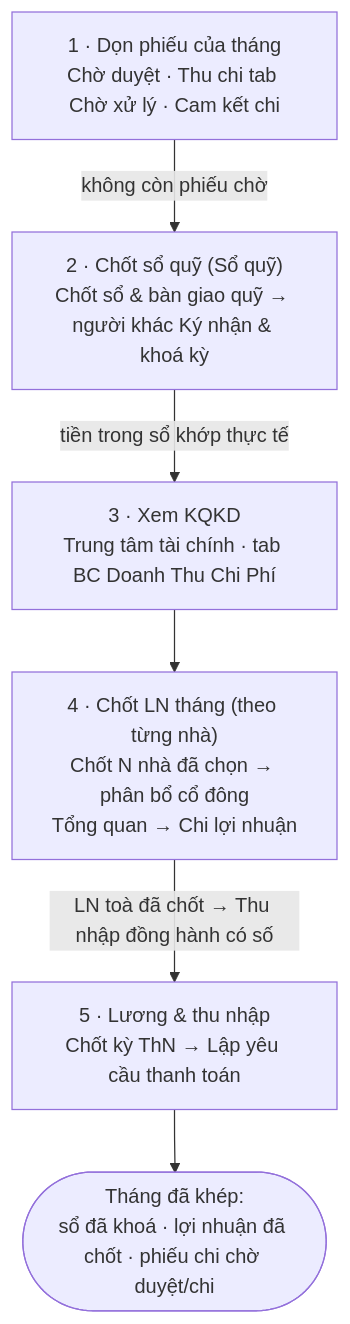
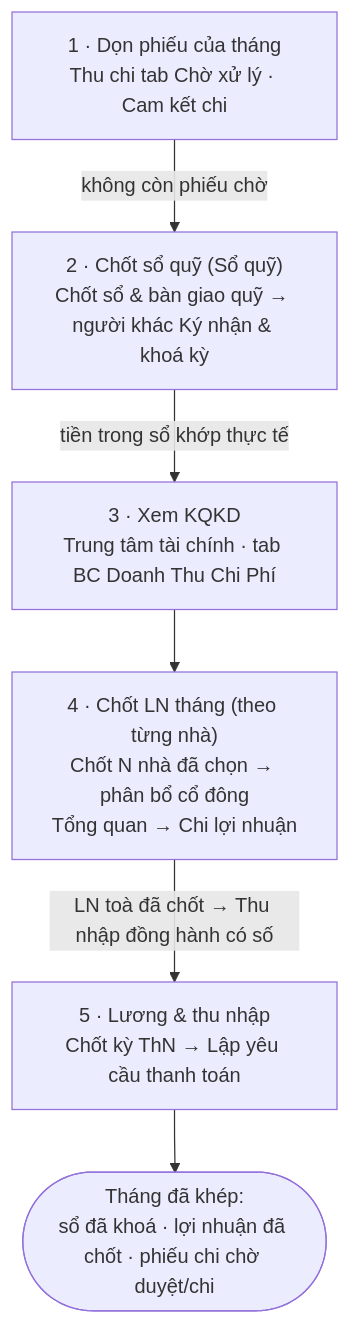
The diagram in docs/huong-dan-su-dung/01-bat-dau/quy-trinh-chot-thang/index.md (zxGreenxz/whiteboard-ihomecrm), drawn with Mermaid before and after one commit. The commit also changed other lines of this file and 69 other files, not shown here.

````diff
--- a/docs/huong-dan-su-dung/01-bat-dau/quy-trinh-chot-thang/index.md
+++ b/docs/huong-dan-su-dung/01-bat-dau/quy-trinh-chot-thang/index.md
@@ -30,8 +30,8 @@
 ```mermaid
 flowchart TD
-  A["1 · Dọn phiếu của tháng<br/>Chờ duyệt · Thu chi tab Chờ xử lý · Cam kết chi"] -->|"không còn phiếu chờ"| R["2 · Chốt sổ quỹ (Sổ quỹ)<br/>Chốt sổ & bàn giao quỹ → người khác Ký nhận & khoá kỳ"]
+  A["1 · Dọn phiếu của tháng<br/>Thu chi tab Chờ xử lý · Cam kết chi"] -->|"không còn phiếu chờ"| R["2 · Chốt sổ quỹ (Sổ quỹ)<br/>Chốt sổ & bàn giao quỹ → người khác Ký nhận & khoá kỳ"]
   R -->|"tiền trong sổ khớp thực tế"| P["3 · Xem KQKD<br/>Trung tâm tài chính · tab BC Doanh Thu Chi Phí"]
   P --> L["4 · Chốt LN tháng (theo từng nhà)<br/>Chốt N nhà đã chọn → phân bổ cổ đông<br/>Tổng quan → Chi lợi nhuận"]
   L -->|"LN toà đã chốt → Thu nhập đồng hành có số"| S["5 · Lương & thu nhập<br/>Chốt kỳ ThN → Lập yêu cầu thanh toán"]
   S --> E(["Tháng đã khép:<br/>sổ đã khoá · lợi nhuận đã chốt · phiếu chi chờ duyệt/chi"])
 ```
````
